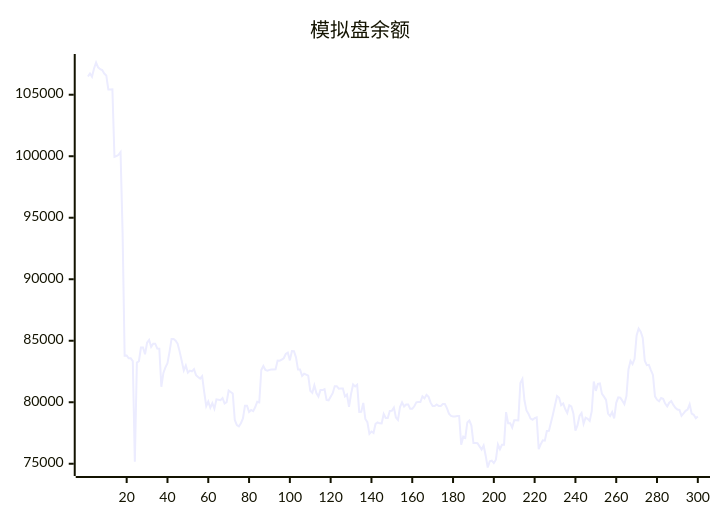
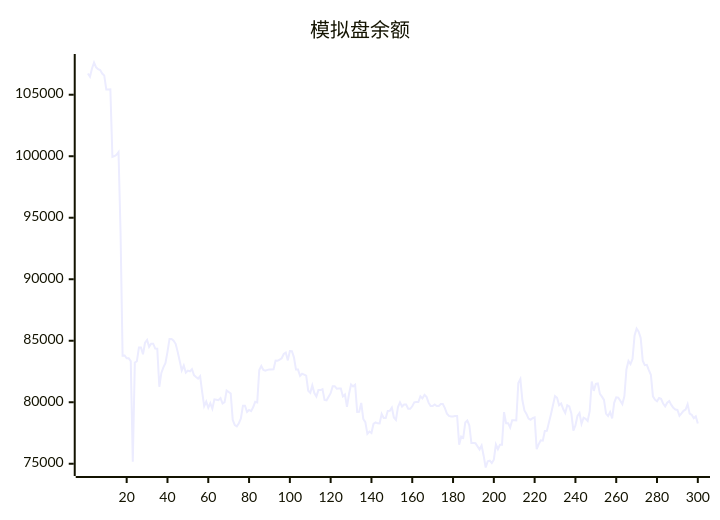
Before and after one commit to aahl/ai-trading: the diagram in README.md, drawn with Mermaid. The commit also changed other lines of this file and 1 other file, not shown here.

````diff
--- a/README.md
+++ b/README.md
@@ -5,5 +5,5 @@
 ```mermaid
 xychart
     title "模拟盘余额"
-    line [106485,106721,106468,107132,107620,107224,107080,107001,106717,106567,105431,105431,105440,99950,100017,100113,100337,93749,83795,83807,83567,83567,83342,75168,83222,83336,84448,84449,83896,84839,85065,84499,84757,84757,84364,84347,81254,82385,82835,83184,84099,85150,85150,85002,84751,84096,83356,82582,82983,82404,82572,82512,82688,82200,82047,81920,82125,80840,79688,80060,79552,79920,79470,80236,80208,80170,80336,79894,80006,80954,80837,80712,78561,78139,78037,78293,78682,79720,79720,79214,79372,79279,79591,80046,79993,82625,82950,82626,82571,82633,82670,82670,82681,83386,83378,83464,83579,83920,84037,83402,84160,84142,83652,82655,82655,82145,82315,82243,82163,80934,80770,81371,80742,80468,80989,80989,81067,80191,80155,80450,80737,81309,81309,81106,81119,81119,80471,80631,79624,80670,81448,81290,81429,79212,79222,79940,78643,78380,77432,77623,77504,78235,78358,78284,78277,79048,78714,78714,79290,79308,79567,78763,78563,79603,79988,79652,79813,79813,79476,79469,79673,79995,80015,80015,80486,80314,80600,80436,79966,79689,79689,79819,79692,79692,79850,79850,79518,79071,78889,78850,78850,78878,78878,76554,77202,77103,78357,78510,78106,76678,76677,76672,76411,76159,76485,75656,74695,75197,75246,75052,75334,76564,76179,76553,76551,79196,78300,78300,77944,78531,78531,78521,81564,81884,80160,79335,79055,78675,78580,78708,78764,76179,76586,76902,76876,77658,77669,78346,79023,79769,80497,80366,79761,79896,79448,79126,79749,79658,79097,77695,78114,78888,79126,78249,78738,78653,78478,79271,81680,80923,81488,81527,80681,80455,80190,79084,78879,79193,78686,79954,80403,80374,80118,79848,80491,82665,83351,83098,83525,85430,85983,85737,85221,83378,83014,83043,82613,82216,80477,80208,80081,80348,80277,79894,79670,79965,80093,79786,79542,79406,79371,78893,79087,79304,79406,79841,79072,78978,78696,78846]
+    line [106721,106468,107132,107620,107224,107080,107001,106717,106567,105431,105431,105440,99950,100017,100113,100337,93749,83795,83807,83567,83567,83342,75168,83222,83336,84448,84449,83896,84839,85065,84499,84757,84757,84364,84347,81254,82385,82835,83184,84099,85150,85150,85002,84751,84096,83356,82582,82983,82404,82572,82512,82688,82200,82047,81920,82125,80840,79688,80060,79552,79920,79470,80236,80208,80170,80336,79894,80006,80954,80837,80712,78561,78139,78037,78293,78682,79720,79720,79214,79372,79279,79591,80046,79993,82625,82950,82626,82571,82633,82670,82670,82681,83386,83378,83464,83579,83920,84037,83402,84160,84142,83652,82655,82655,82145,82315,82243,82163,80934,80770,81371,80742,80468,80989,80989,81067,80191,80155,80450,80737,81309,81309,81106,81119,81119,80471,80631,79624,80670,81448,81290,81429,79212,79222,79940,78643,78380,77432,77623,77504,78235,78358,78284,78277,79048,78714,78714,79290,79308,79567,78763,78563,79603,79988,79652,79813,79813,79476,79469,79673,79995,80015,80015,80486,80314,80600,80436,79966,79689,79689,79819,79692,79692,79850,79850,79518,79071,78889,78850,78850,78878,78878,76554,77202,77103,78357,78510,78106,76678,76677,76672,76411,76159,76485,75656,74695,75197,75246,75052,75334,76564,76179,76553,76551,79196,78300,78300,77944,78531,78531,78521,81564,81884,80160,79335,79055,78675,78580,78708,78764,76179,76586,76902,76876,77658,77669,78346,79023,79769,80497,80366,79761,79896,79448,79126,79749,79658,79097,77695,78114,78888,79126,78249,78738,78653,78478,79271,81680,80923,81488,81527,80681,80455,80190,79084,78879,79193,78686,79954,80403,80374,80118,79848,80491,82665,83351,83098,83525,85430,85983,85737,85221,83378,83014,83043,82613,82216,80477,80208,80081,80348,80277,79894,79670,79965,80093,79786,79542,79406,79371,78893,79087,79304,79406,79841,79072,78978,78696,78846,78272]
 ```
````
